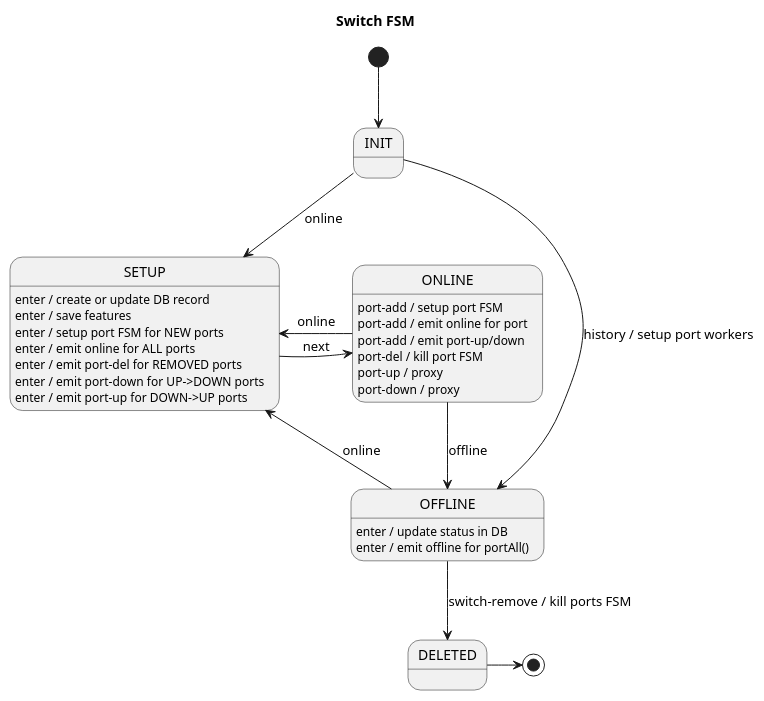
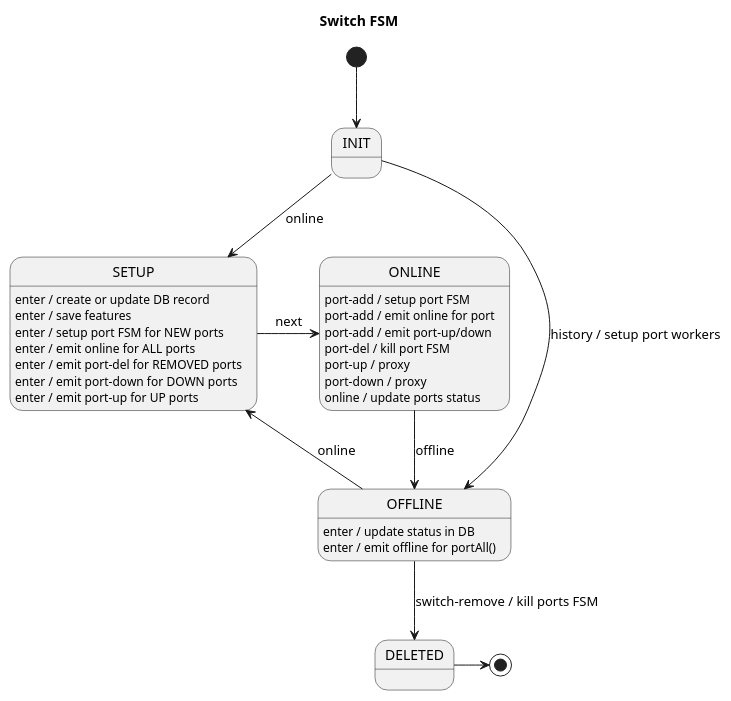
Before and after one commit to telstra/open-kilda: the diagram in docs/design/network-discovery/switch-FSM.puml, drawn with PlantUML. The commit also changed 3 other files, not shown here.

```diff
--- a/docs/design/network-discovery/switch-FSM.puml
+++ b/docs/design/network-discovery/switch-FSM.puml
@@ -22,33 +22,33 @@
 @startuml
 title Switch FSM
 
 [*] --> INIT
 
 INIT --> OFFLINE : history / setup port workers
 INIT --> SETUP : online
 
 SETUP : enter / create or update DB record
 SETUP : enter / save features
 SETUP : enter / setup port FSM for NEW ports
 SETUP : enter / emit online for ALL ports
 SETUP : enter / emit port-del for REMOVED ports
-SETUP : enter / emit port-down for UP->DOWN ports
-SETUP : enter / emit port-up for DOWN->UP ports
+SETUP : enter / emit port-down for DOWN ports
+SETUP : enter / emit port-up for UP ports
 SETUP -r-> ONLINE : next
 
 ONLINE : port-add / setup port FSM
 ONLINE : port-add / emit online for port
 ONLINE : port-add / emit port-up/down
 ONLINE : port-del / kill port FSM
 ONLINE : port-up / proxy
 ONLINE : port-down / proxy
-ONLINE -l-> SETUP : online
+ONLINE : online / update ports status
 ONLINE --> OFFLINE : offline
 
 OFFLINE : enter / update status in DB
 OFFLINE : enter / emit offline for portAll()
 OFFLINE --> SETUP : online
 OFFLINE --> DELETED: switch-remove / kill ports FSM
 DELETED -> [*]
 
 @enduml
```
